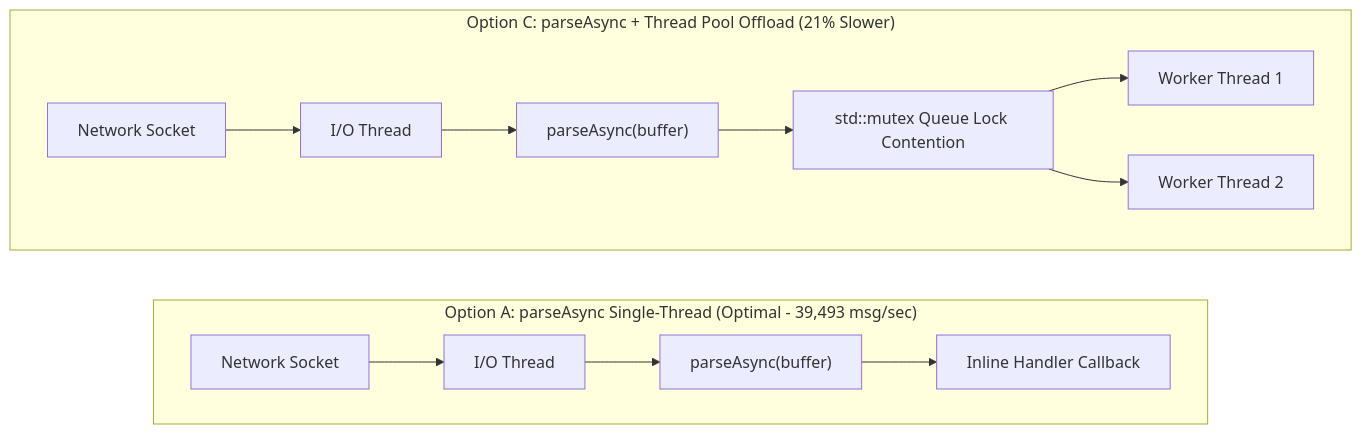
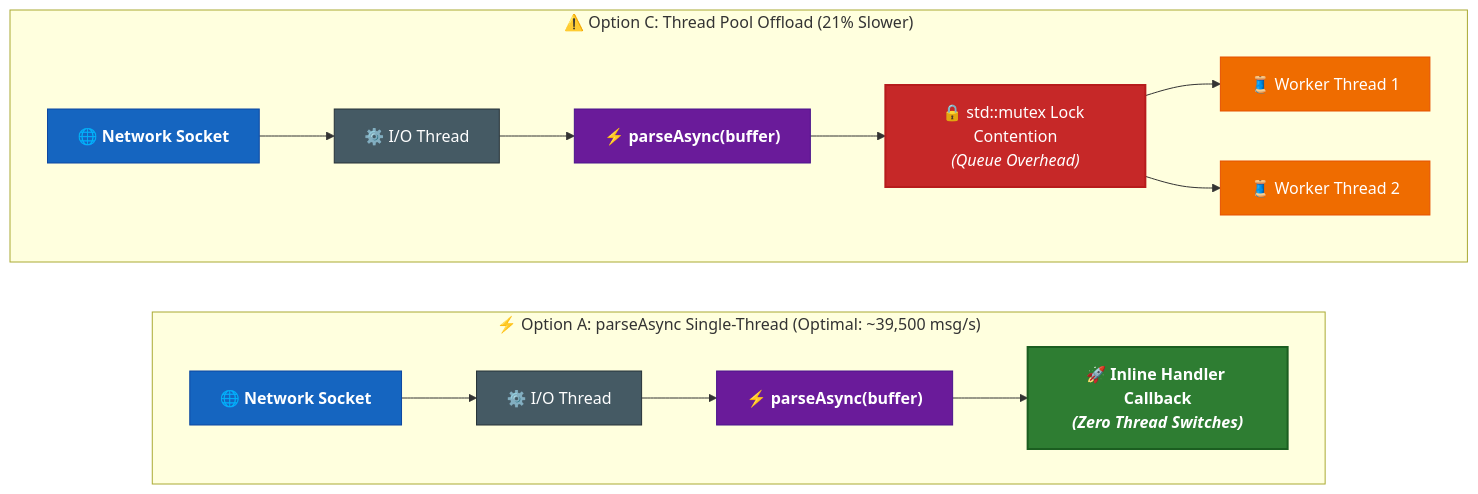
Before and after one commit to SiddiqSoft/sip2json: the third of 3 diagrams in docs/features/benchmarks.md, drawn with Mermaid. The commit also changed 21 other files, not shown here.

First line of the commit message:
docs: streamline navigation sections, enlarge dependency diagrams, and add colorful charts

````diff
--- a/docs/features/benchmarks.md
+++ b/docs/features/benchmarks.md
@@ -70,18 +70,25 @@
 ```mermaid
 flowchart LR
-    subgraph OptionA ["Option A: parseAsync Single-Thread (Optimal - 39,493 msg/sec)"]
+    subgraph OptionA ["⚡ Option A: parseAsync Single-Thread (Optimal: ~39,500 msg/s)"]
         direction LR
-        SockA["Network Socket"] --> IOA["I/O Thread"]
-        IOA --> PA["parseAsync(buffer)"]
-        PA --> CBA["Inline Handler Callback"]
+        SockA["🌐 Network Socket"]:::sockClass --> IOA["⚙️ I/O Thread"]:::ioClass
+        IOA --> PA["⚡ parseAsync(buffer)"]:::parseClass
+        PA --> CBA["🚀 Inline Handler Callback<br/><i>(Zero Thread Switches)</i>"]:::optClass
     end
     
-    subgraph OptionC ["Option C: parseAsync + Thread Pool Offload (21% Slower)"]
+    subgraph OptionC ["⚠️ Option C: Thread Pool Offload (21% Slower)"]
         direction LR
-        SockC["Network Socket"] --> IOC["I/O Thread"]
-        IOC --> PC["parseAsync(buffer)"]
-        PC --> Mtx["std::mutex Queue Lock Contention"]
-        Mtx --> W1["Worker Thread 1"]
-        Mtx --> W2["Worker Thread 2"]
+        SockC["🌐 Network Socket"]:::sockClass --> IOC["⚙️ I/O Thread"]:::ioClass
+        IOC --> PC["⚡ parseAsync(buffer)"]:::parseClass
+        PC --> Mtx["🔒 std::mutex Lock Contention<br/><i>(Queue Overhead)</i>"]:::warnClass
+        Mtx --> W1["🧵 Worker Thread 1"]:::threadClass
+        Mtx --> W2["🧵 Worker Thread 2"]:::threadClass
     end
+
+    classDef sockClass fill:#1565C0,stroke:#0D47A1,color:#FFFFFF,font-weight:bold;
+    classDef ioClass fill:#455A64,stroke:#263238,color:#FFFFFF;
+    classDef parseClass fill:#6A1B9A,stroke:#4A148C,color:#FFFFFF,font-weight:bold;
+    classDef optClass fill:#2E7D32,stroke:#1B5E20,stroke-width:2px,color:#FFFFFF,font-weight:bold;
+    classDef warnClass fill:#C62828,stroke:#B71C1C,stroke-width:2px,color:#FFFFFF;
+    classDef threadClass fill:#EF6C00,stroke:#E65100,color:#FFFFFF;
 ```
````
